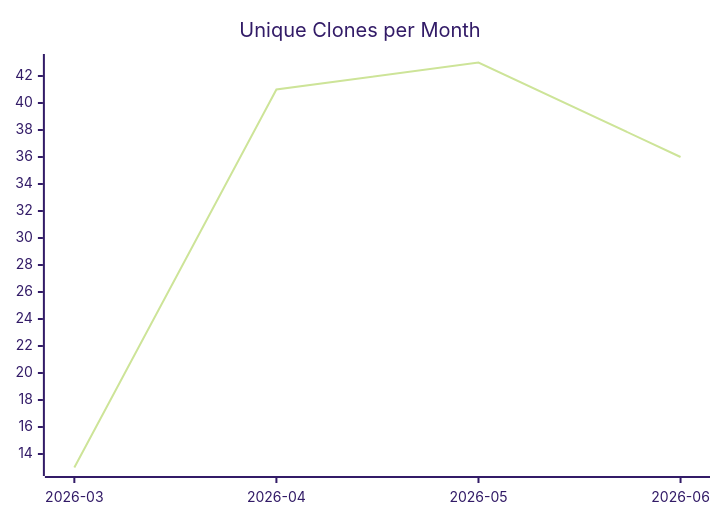
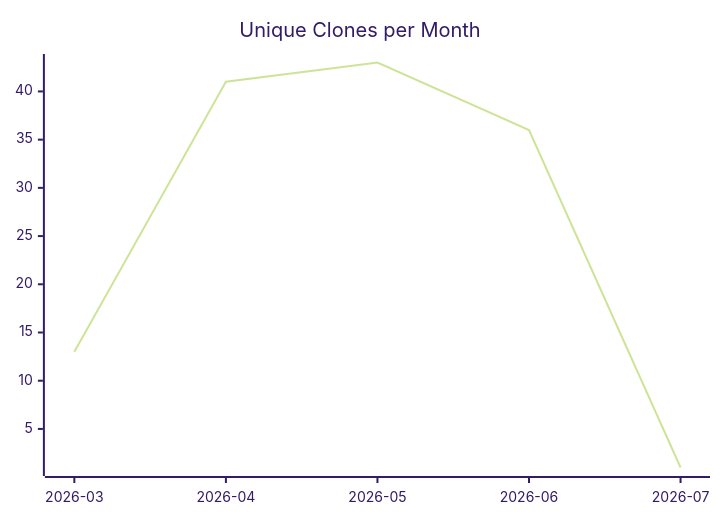
Before and after one commit to justdavis-family/github-analytics-data: the third of 3 diagrams in karlmdavis/usgs-water-api-java/README.md, drawn with Mermaid (forest theme). The commit also changed other lines of this file and 199 other files, not shown here.

````diff
--- a/karlmdavis/usgs-water-api-java/README.md
+++ b/karlmdavis/usgs-water-api-java/README.md
@@ -19,6 +19,6 @@
 ```mermaid
 xychart-beta
   title "Unique Clones per Month"
-  x-axis ["2026-03", "2026-04", "2026-05", "2026-06"]
-  line [13, 41, 43, 36]
+  x-axis ["2026-03", "2026-04", "2026-05", "2026-06", "2026-07"]
+  line [13, 41, 43, 36, 1]
 ```
````
